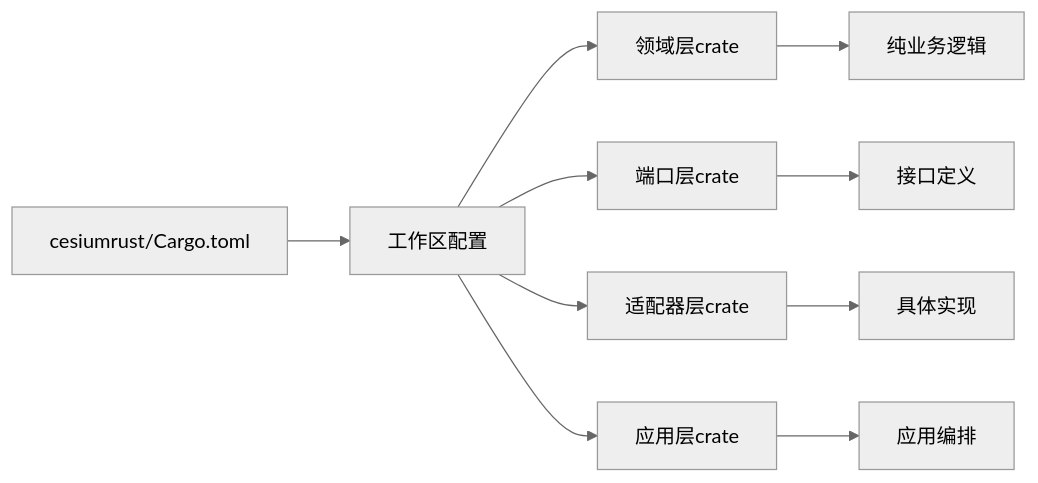
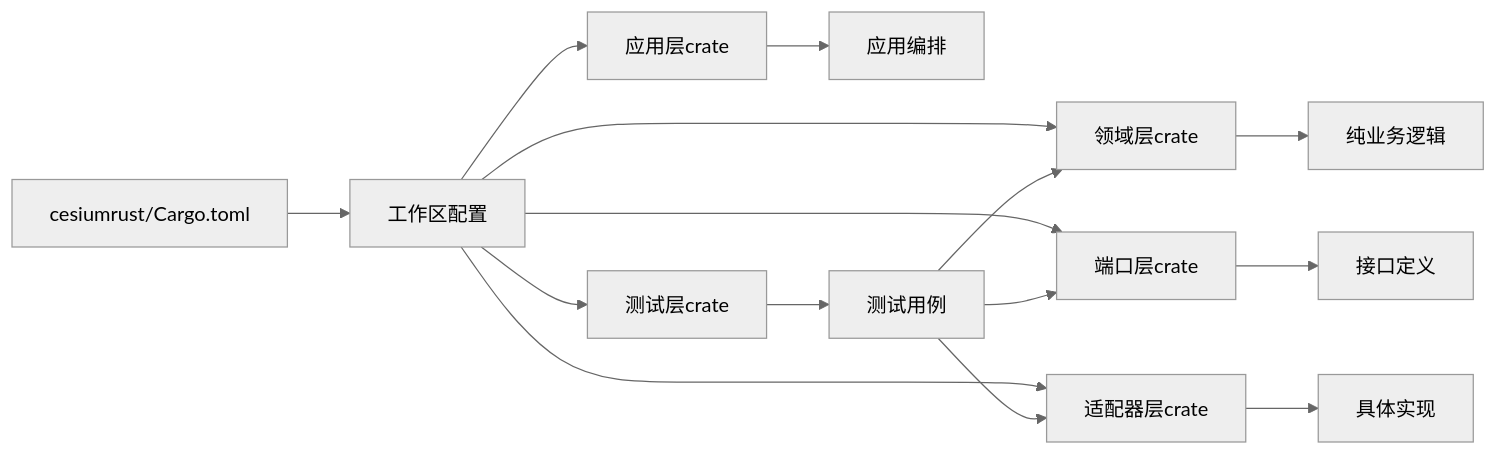
One commit to rzhangjing/cesium changed the seventh of 7 diagrams in .qoder/repowiki/zh/content/构建与部署/构建系统配置/构建系统配置.md. Above: the diagram before and after it, drawn with Mermaid (neutral theme). The commit also changed other lines of this file and 38 other files, not shown here.

````diff
--- a/.qoder/repowiki/zh/content/构建与部署/构建系统配置/构建系统配置.md
+++ b/.qoder/repowiki/zh/content/构建与部署/构建系统配置/构建系统配置.md
@@ -309,12 +435,17 @@
 ```mermaid
 graph LR
 P["cesiumrust/Cargo.toml"] --> U["工作区配置"]
 U --> V["领域层crate"]
 U --> W["端口层crate"]
 U --> X["适配器层crate"]
 U --> Y["应用层crate"]
+U --> Z["测试层crate"]
 V --> AA["纯业务逻辑"]
 W --> AB["接口定义"]
 X --> AC["具体实现"]
 Y --> AD["应用编排"]
+Z --> AE["测试用例"]
+AE --> V
+AE --> W
+AE --> X
 ```
````
